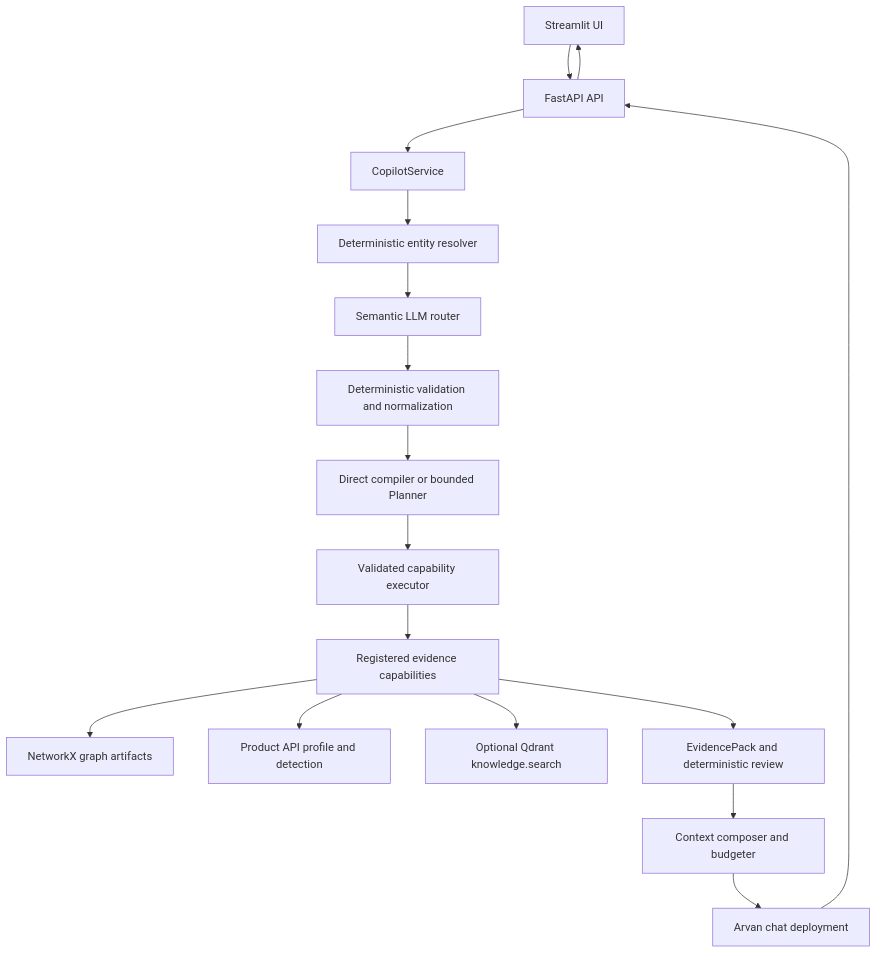
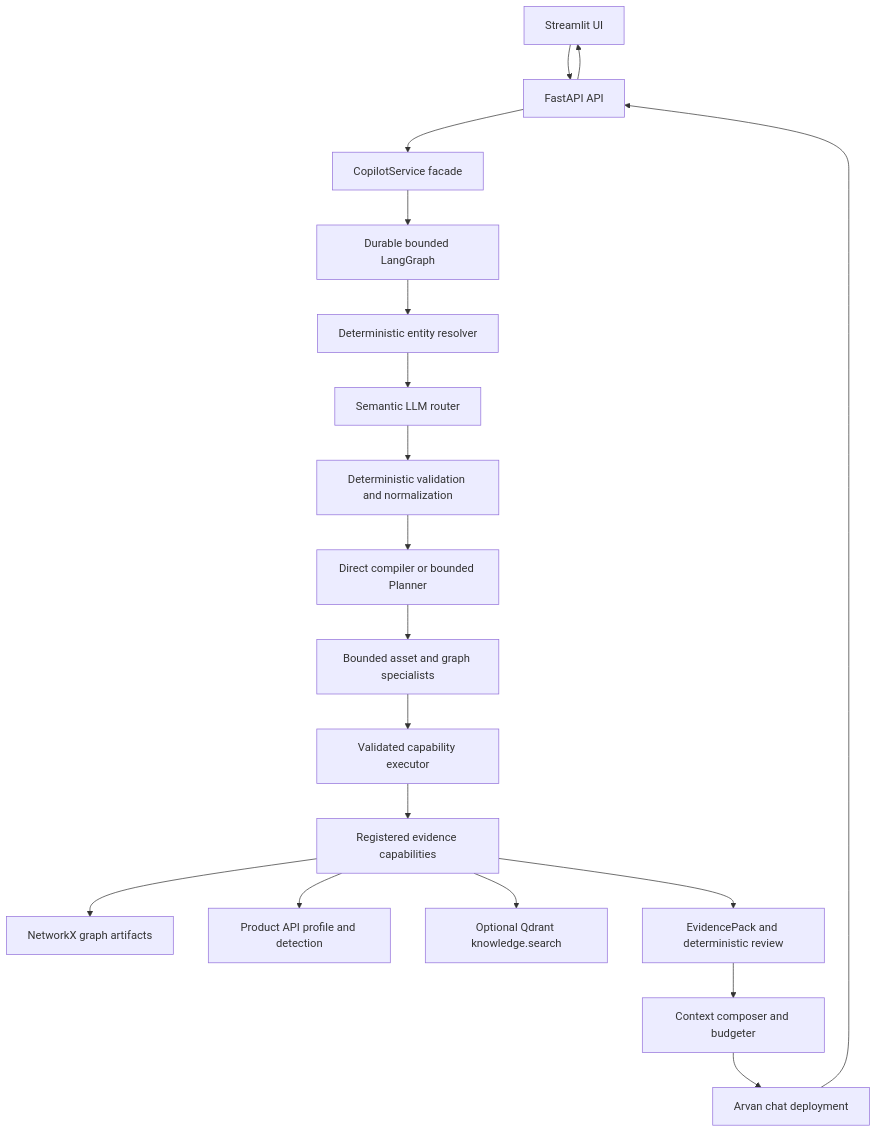
One commit to alirzx/Soorin_Copilot changed the diagram in README.md. Above: the diagram before and after it, drawn with Mermaid. The commit also changed other lines of this file and 23 other files, not shown here.

Commit message:
feat: add durable LangGraph workflow and specialist subgraphs

````diff
--- a/README.md
+++ b/README.md
@@ -11,19 +11,21 @@
 ```mermaid
 flowchart TD
     UI[Streamlit UI] --> API[FastAPI API]
-    API --> Service[CopilotService]
-    Service --> Entity[Deterministic entity resolver]
+    API --> Service[CopilotService facade]
+    Service --> Workflow[Durable bounded LangGraph]
+    Workflow --> Entity[Deterministic entity resolver]
     Entity --> Router[Semantic LLM router]
     Router --> Validate[Deterministic validation and normalization]
     Validate --> Plan[Direct compiler or bounded Planner]
-    Plan --> Executor[Validated capability executor]
+    Plan --> Specialists[Bounded asset and graph specialists]
+    Specialists --> Executor[Validated capability executor]
     Executor --> Providers[Registered evidence capabilities]
     Providers --> Graph[NetworkX graph artifacts]
     Providers --> Product[Product API profile and detection]
     Providers --> RAG[Optional Qdrant knowledge.search]
     Providers --> Review[EvidencePack and deterministic review]
     Review --> Context[Context composer and budgeter]
     Context --> LLM[Arvan chat deployment]
     LLM --> API
     API --> UI
 ```
````
